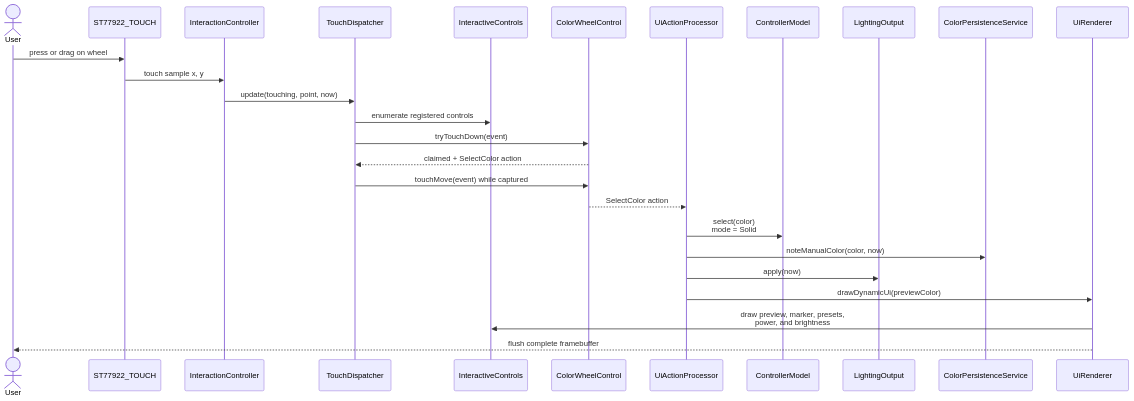
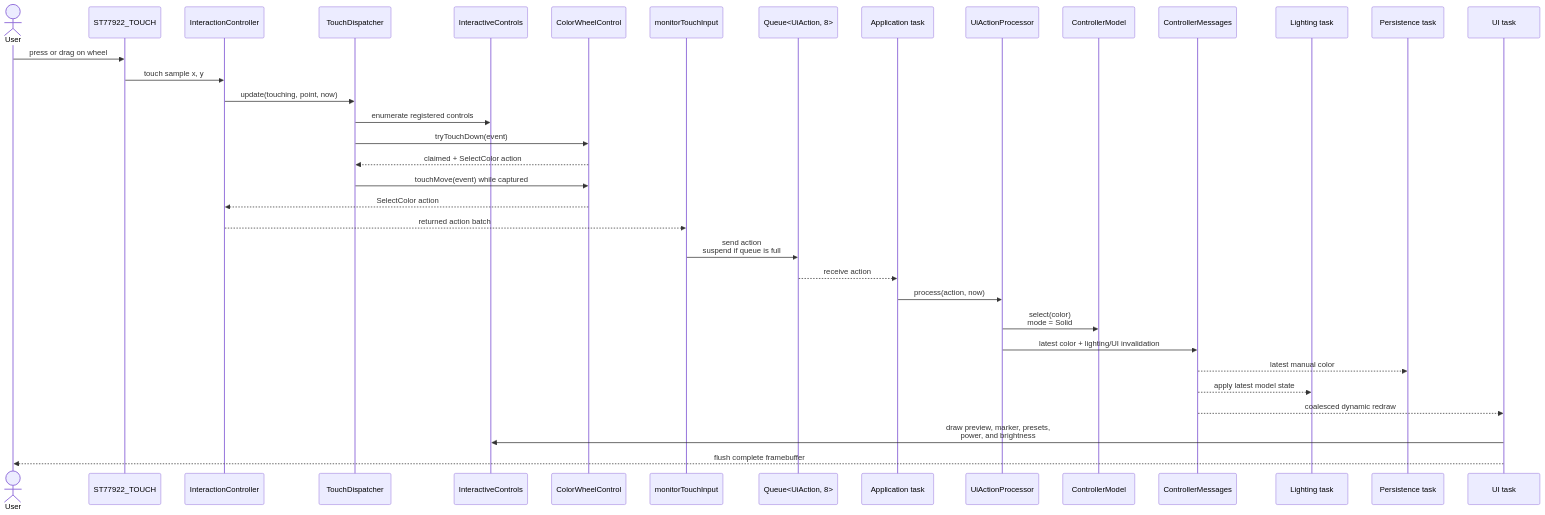
One commit to noelanderson/color-controller changed the seventh of 10 diagrams in docs/ux-interaction-and-class-diagrams.md. Above: the diagram before and after it, drawn with Mermaid. The commit also changed other lines of this file and 28 other files, not shown here.

````diff
--- a/docs/ux-interaction-and-class-diagrams.md
+++ b/docs/ux-interaction-and-class-diagrams.md
@@ -168,29 +175,38 @@
 ```mermaid
 sequenceDiagram
     actor User
     participant Touch as ST77922_TOUCH
     participant Interaction as InteractionController
     participant Dispatcher as TouchDispatcher
     participant Controls as InteractiveControls
     participant Wheel as ColorWheelControl
+    participant TouchTask as monitorTouchInput
+    participant Queue as Queue<UiAction, 8>
+    participant App as Application task
     participant Actions as UiActionProcessor
     participant Model as ControllerModel
-    participant Lighting as LightingOutput
-    participant Persistence as ColorPersistenceService
-    participant Renderer as UiRenderer
+    participant Messages as ControllerMessages
+    participant Lighting as Lighting task
+    participant Persistence as Persistence task
+    participant Renderer as UI task
 
     User->>Touch: press or drag on wheel
     Touch->>Interaction: touch sample x, y
     Interaction->>Dispatcher: update(touching, point, now)
     Dispatcher->>Controls: enumerate registered controls
     Dispatcher->>Wheel: tryTouchDown(event)
     Wheel-->>Dispatcher: claimed + SelectColor action
     Dispatcher->>Wheel: touchMove(event) while captured
-    Wheel-->>Actions: SelectColor action
+    Wheel-->>Interaction: SelectColor action
+    Interaction-->>TouchTask: returned action batch
+    TouchTask->>Queue: send action<br/>suspend if queue is full
+    Queue-->>App: receive action
+    App->>Actions: process(action, now)
     Actions->>Model: select(color)<br/>mode = Solid
-    Actions->>Persistence: noteManualColor(color, now)
-    Actions->>Lighting: apply(now)
-    Actions->>Renderer: drawDynamicUi(previewColor)
+    Actions->>Messages: latest color + lighting/UI invalidation
+    Messages-->>Persistence: latest manual color
+    Messages-->>Lighting: apply latest model state
+    Messages-->>Renderer: coalesced dynamic redraw
     Renderer->>Controls: draw preview, marker, presets,<br/>power, and brightness
     Renderer-->>User: flush complete framebuffer
 ```
````
